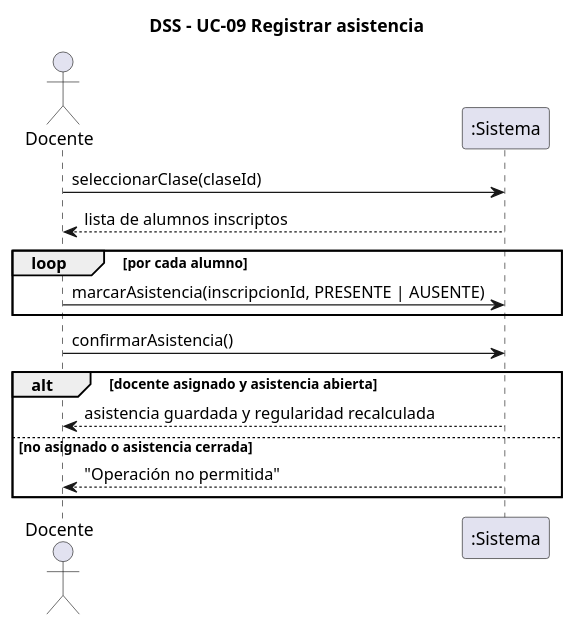
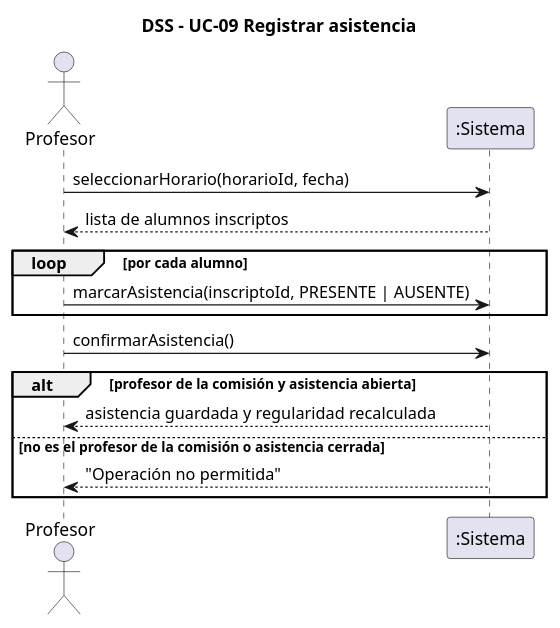
One commit to ISMAELALTHENOFER/BACKOFFICE-ACADEMICO-ITEC-N-1 changed the diagram in document/diagramas/16-dss-registrar-asistencia.puml. Above: the diagram before and after it, drawn with PlantUML. The commit also changed 41 other files, not shown here.

```diff
--- a/document/diagramas/16-dss-registrar-asistencia.puml
+++ b/document/diagramas/16-dss-registrar-asistencia.puml
@@ -1,17 +1,17 @@
 @startuml dss-registrar-asistencia
 skinparam shadowing false
 title DSS - UC-09 Registrar asistencia
-actor "Docente" as U
+actor "Profesor" as U
 participant ":Sistema" as S
-U -> S : seleccionarClase(claseId)
+U -> S : seleccionarHorario(horarioId, fecha)
 S --> U : lista de alumnos inscriptos
 loop por cada alumno
-  U -> S : marcarAsistencia(inscripcionId, PRESENTE | AUSENTE)
+  U -> S : marcarAsistencia(inscriptoId, PRESENTE | AUSENTE)
 end
 U -> S : confirmarAsistencia()
-alt docente asignado y asistencia abierta
+alt profesor de la comisión y asistencia abierta
   S --> U : asistencia guardada y regularidad recalculada
-else no asignado o asistencia cerrada
+else no es el profesor de la comisión o asistencia cerrada
   S --> U : "Operación no permitida"
 end
 @enduml
```
